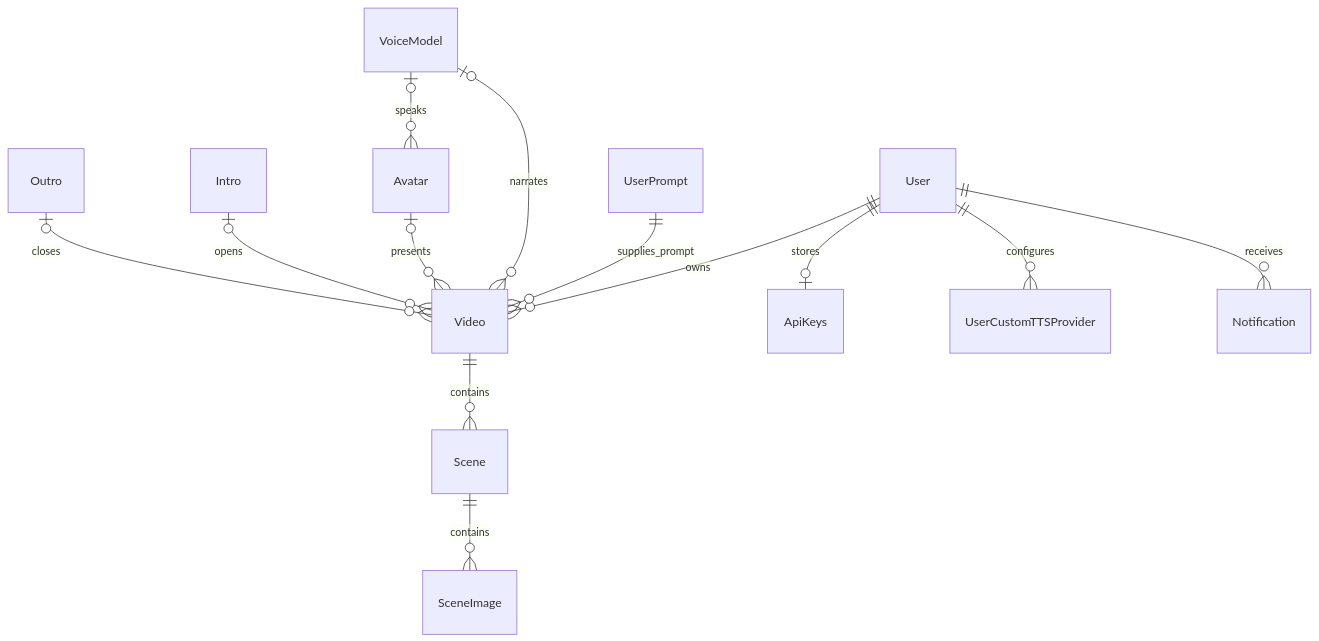
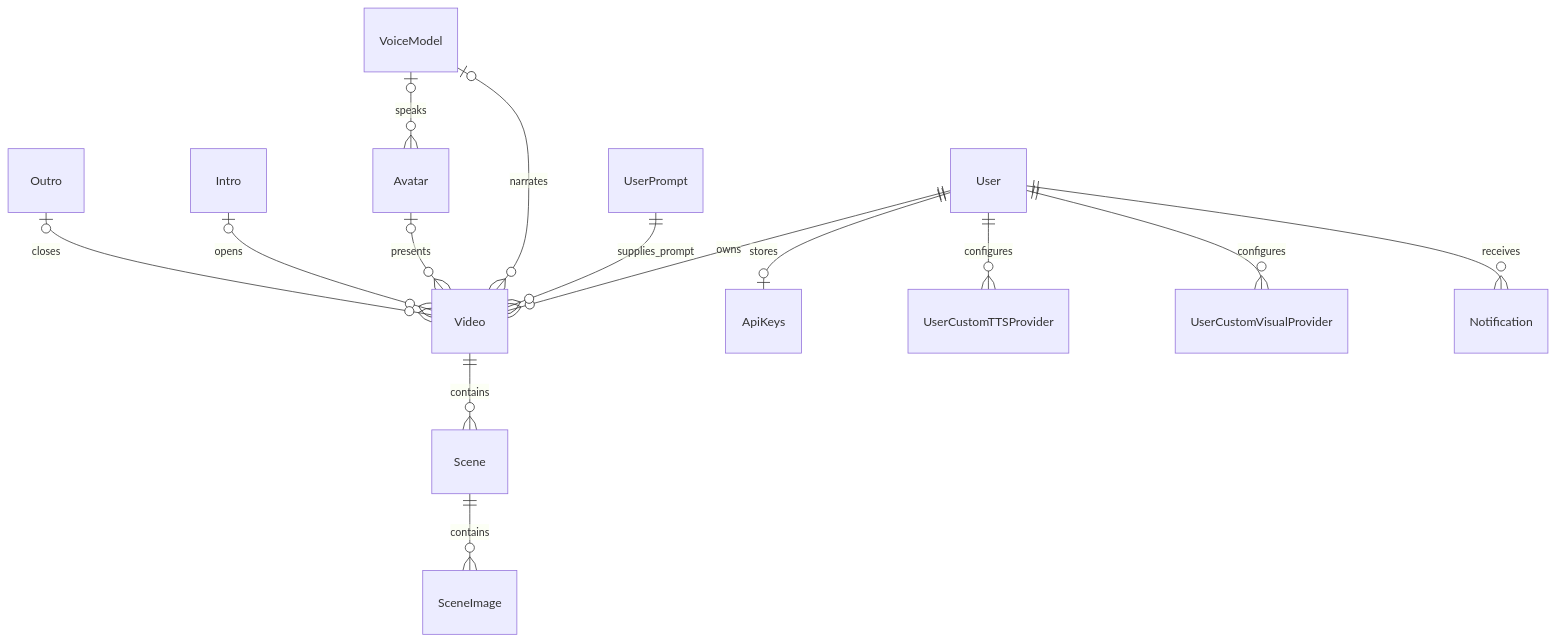
One commit to kostas2370/Video-Creator changed the second of 4 diagrams in docs/ARCHITECTURE.md. Above: the diagram before and after it, drawn with Mermaid. The commit also changed other lines of this file and 31 other files, not shown here.

Commit message:
add custom provider

````diff
--- a/docs/ARCHITECTURE.md
+++ b/docs/ARCHITECTURE.md
@@ -54,15 +54,16 @@
 ```mermaid
 erDiagram
     User ||--o{ Video : owns
     UserPrompt ||--o{ Video : supplies_prompt
     Video ||--o{ Scene : contains
     Scene ||--o{ SceneImage : contains
     VoiceModel o|--o{ Video : narrates
     VoiceModel o|--o{ Avatar : speaks
     Avatar o|--o{ Video : presents
     Intro o|--o{ Video : opens
     Outro o|--o{ Video : closes
     User ||--o| ApiKeys : stores
     User ||--o{ UserCustomTTSProvider : configures
+    User ||--o{ UserCustomVisualProvider : configures
     User ||--o{ Notification : receives
 ```
````
